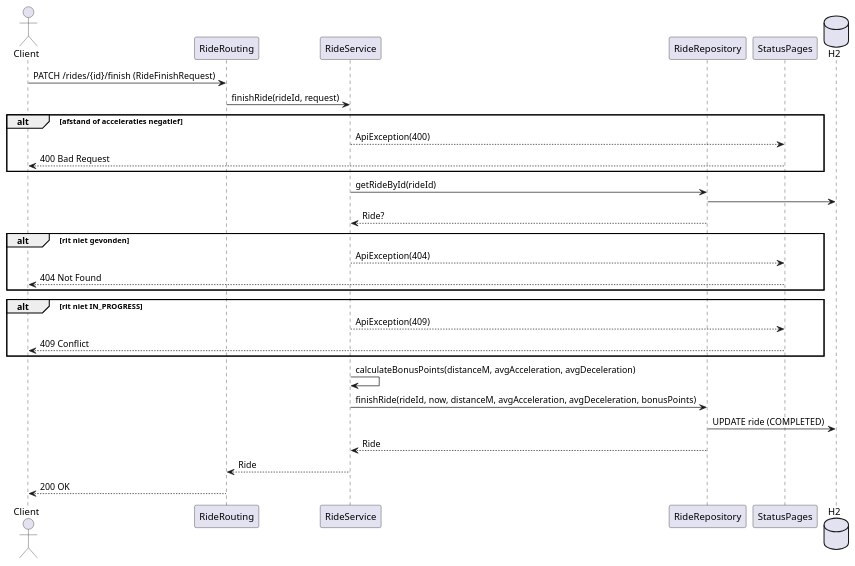
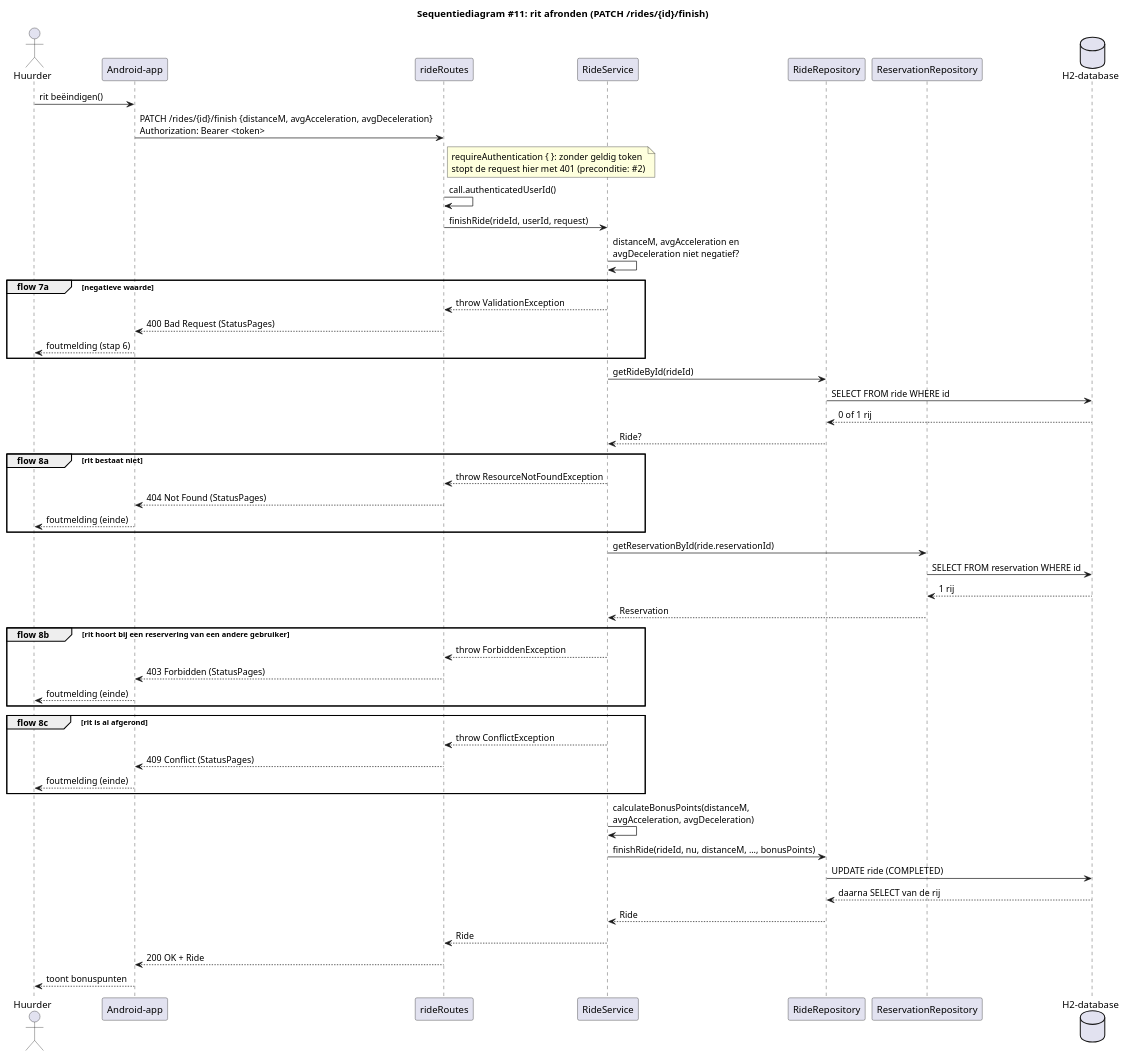
One commit to MarkPrins18/hbo-leerjaar2 changed the diagram in diagrams/sequence/FinishRide.puml. Above: the diagram before and after it, drawn with PlantUML. The commit also changed 5 other files, not shown here.

First line of the commit message:
Diagrammen gelijkgetrokken met de code

```diff
--- a/diagrams/sequence/FinishRide.puml
+++ b/diagrams/sequence/FinishRide.puml
@@ -1,38 +1,65 @@
 @startuml FinishRide
+title Sequentiediagram #11: rit afronden (PATCH /rides/{id}/finish)
 
-actor Client
-participant RideRouting
-participant RideService
-participant RideRepository
-participant StatusPages
-database H2
+actor Huurder as g
+participant "Android-app" as app
+participant "rideRoutes" as rt
+participant "RideService" as svc
+participant "RideRepository" as riderepo
+participant "ReservationRepository" as resrepo
+database "H2-database" as db
 
-Client -> RideRouting : PATCH /rides/{id}/finish (RideFinishRequest)
-RideRouting -> RideService : finishRide(rideId, request)
+g -> app : rit beëindigen()
+app -> rt : PATCH /rides/{id}/finish {distanceM, avgAcceleration, avgDeceleration}\nAuthorization: Bearer <token>
+note right of rt
+  requireAuthentication { }: zonder geldig token
+  stopt de request hier met 401 (preconditie: #2)
+end note
+rt -> rt : call.authenticatedUserId()
+rt -> svc : finishRide(rideId, userId, request)
+svc -> svc : distanceM, avgAcceleration en\navgDeceleration niet negatief?
 
-alt afstand of acceleraties negatief
-    RideService --> StatusPages : ApiException(400)
-    StatusPages --> Client : 400 Bad Request
+group flow 7a [negatieve waarde]
+    svc --> rt : throw ValidationException
+    rt --> app : 400 Bad Request (StatusPages)
+    app --> g : foutmelding (stap 6)
 end
 
-RideService -> RideRepository : getRideById(rideId)
-RideRepository -> H2
-RideRepository --> RideService : Ride?
-alt rit niet gevonden
-    RideService --> StatusPages : ApiException(404)
-    StatusPages --> Client : 404 Not Found
+svc -> riderepo : getRideById(rideId)
+riderepo -> db : SELECT FROM ride WHERE id
+db --> riderepo : 0 of 1 rij
+riderepo --> svc : Ride?
+
+group flow 8a [rit bestaat niet]
+    svc --> rt : throw ResourceNotFoundException
+    rt --> app : 404 Not Found (StatusPages)
+    app --> g : foutmelding (einde)
 end
 
-alt rit niet IN_PROGRESS
-    RideService --> StatusPages : ApiException(409)
-    StatusPages --> Client : 409 Conflict
+svc -> resrepo : getReservationById(ride.reservationId)
+resrepo -> db : SELECT FROM reservation WHERE id
+db --> resrepo : 1 rij
+resrepo --> svc : Reservation
+
+group flow 8b [rit hoort bij een reservering van een andere gebruiker]
+    svc --> rt : throw ForbiddenException
+    rt --> app : 403 Forbidden (StatusPages)
+    app --> g : foutmelding (einde)
 end
 
-RideService -> RideService : calculateBonusPoints(distanceM, avgAcceleration, avgDeceleration)
-RideService -> RideRepository : finishRide(rideId, now, distanceM, avgAcceleration, avgDeceleration, bonusPoints)
-RideRepository -> H2 : UPDATE ride (COMPLETED)
-RideRepository --> RideService : Ride
-RideService --> RideRouting : Ride
-RideRouting --> Client : 200 OK
+group flow 8c [rit is al afgerond]
+    svc --> rt : throw ConflictException
+    rt --> app : 409 Conflict (StatusPages)
+    app --> g : foutmelding (einde)
+end
+
+svc -> svc : calculateBonusPoints(distanceM,\navgAcceleration, avgDeceleration)
+svc -> riderepo : finishRide(rideId, nu, distanceM, ..., bonusPoints)
+riderepo -> db : UPDATE ride (COMPLETED)
+db --> riderepo : daarna SELECT van de rij
+riderepo --> svc : Ride
+svc --> rt : Ride
+rt --> app : 200 OK + Ride
+app --> g : toont bonuspunten
 
 @enduml
```
